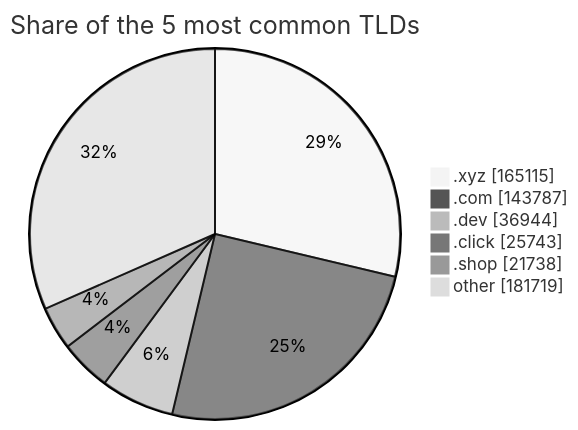
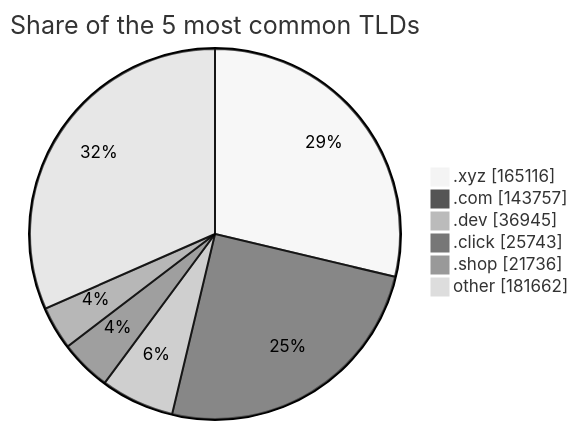
Before and after one commit to DNSBunker/CTI: the third of 3 diagrams in README.md, drawn with Mermaid (neutral theme). The commit also changed other lines of this file and 3 other files, not shown here.

````diff
--- a/README.md
+++ b/README.md
@@ -81,9 +81,9 @@
 ```mermaid
 pie showData title Share of the 5 most common TLDs
-    ".xyz" : 165115
-    ".com" : 143787
-    ".dev" : 36944
+    ".xyz" : 165116
+    ".com" : 143757
+    ".dev" : 36945
     ".click" : 25743
-    ".shop" : 21738
-    "other" : 181719
+    ".shop" : 21736
+    "other" : 181662
 ```
````
